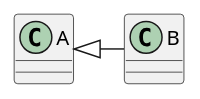
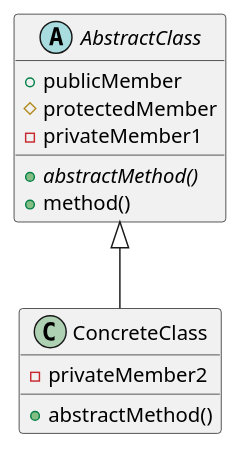
One commit to hugorbarbosa/cpp-design-patterns changed the diagram in uml/assets/inheritance.puml. Above: the diagram before and after it, drawn with PlantUML. The commit also changed 13 other files, not shown here.

First line of the commit message:
Improve UML basics documentation

```diff
--- a/uml/assets/inheritance.puml
+++ b/uml/assets/inheritance.puml
@@ -1,11 +1,18 @@
 @startuml
 
-class A {
+abstract AbstractClass {
+    + {abstract} abstractMethod()
+    + method()
+    + publicMember
+    # protectedMember
+    - privateMember1
 }
 
-class B {
+class ConcreteClass {
+    + abstractMethod()
+    - privateMember2
 }
 
-A <|- B
+AbstractClass <|-- ConcreteClass
 
 @enduml
```
